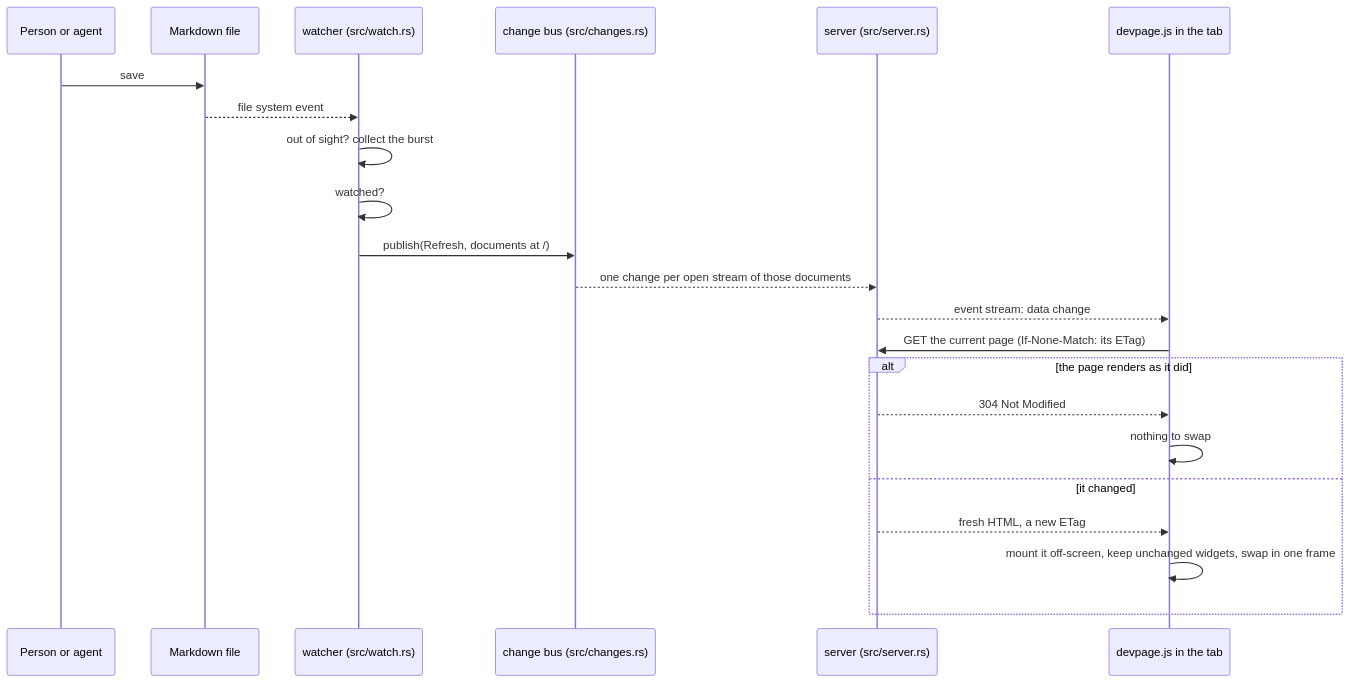
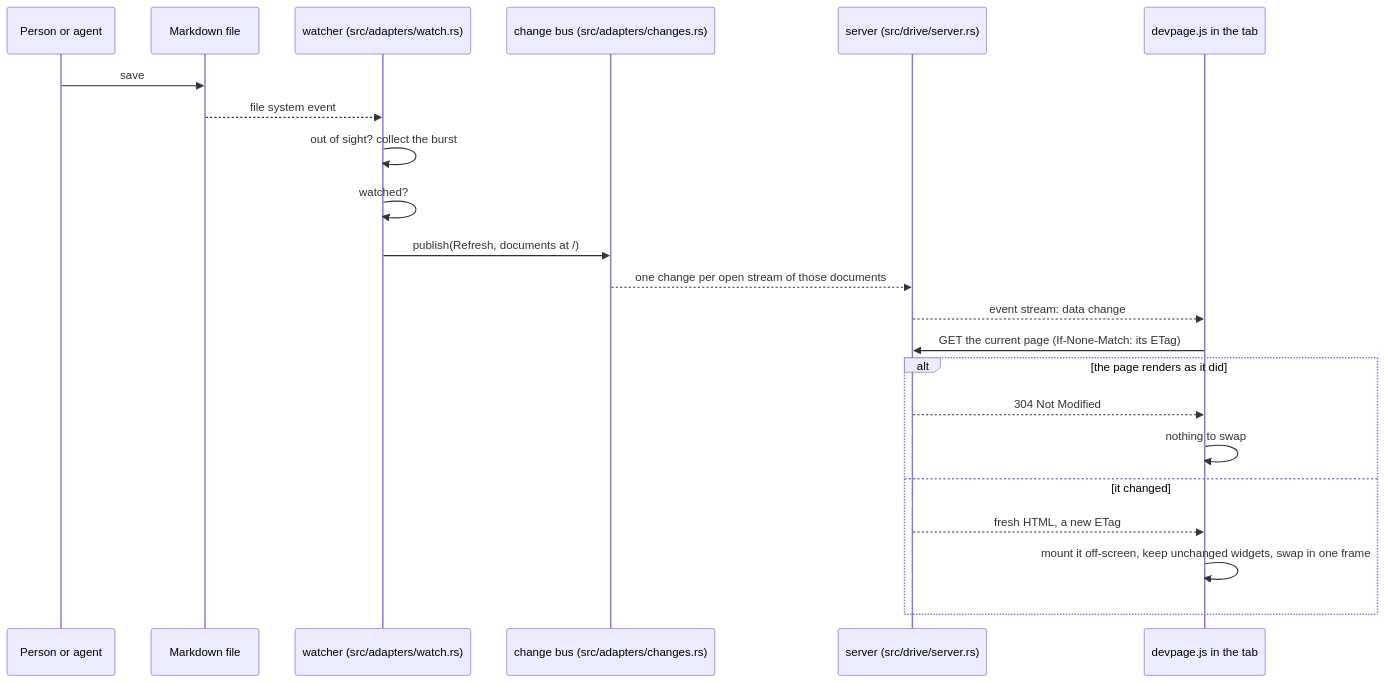
Before and after one commit to andrei512/devpage: the first of 2 diagrams in docs/boxes/viewer/live-updates/README.md, drawn with Mermaid. The commit also changed other lines of this file and 104 other files, not shown here.

````diff
--- a/docs/boxes/viewer/live-updates/README.md
+++ b/docs/boxes/viewer/live-updates/README.md
@@ -13,24 +13,24 @@
 ```mermaid
 sequenceDiagram
   participant Editor as Person or agent
   participant Disk as Markdown file
-  participant Watcher as watcher (src/watch.rs)
-  participant Channel as change bus (src/changes.rs)
-  participant Server as server (src/server.rs)
+  participant Watcher as watcher (src/adapters/watch.rs)
+  participant Channel as change bus (src/adapters/changes.rs)
+  participant Server as server (src/drive/server.rs)
   participant Page as devpage.js in the tab
   Editor->>Disk: save
   Disk-->>Watcher: file system event
   Watcher->>Watcher: out of sight? collect the burst
   Watcher->>Watcher: watched?
   Watcher->>Channel: publish(Refresh, documents at /)
   Channel-->>Server: one change per open stream of those documents
   Server-->>Page: event stream: data change
   Page->>Server: GET the current page (If-None-Match: its ETag)
   alt the page renders as it did
     Server-->>Page: 304 Not Modified
     Page->>Page: nothing to swap
   else it changed
     Server-->>Page: fresh HTML, a new ETag
     Page->>Page: mount it off-screen, keep unchanged widgets, swap in one frame
   end
 ```
````
